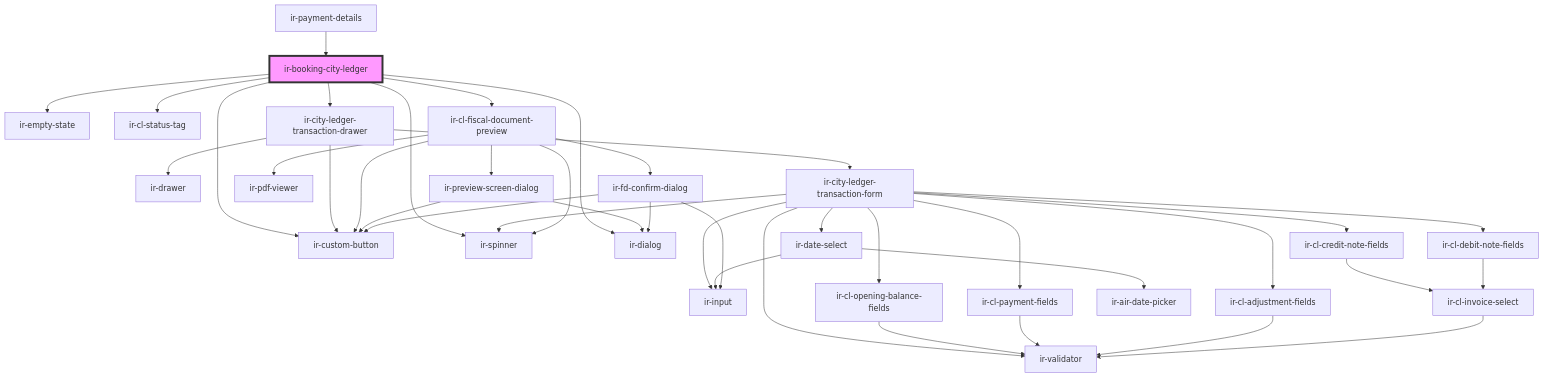
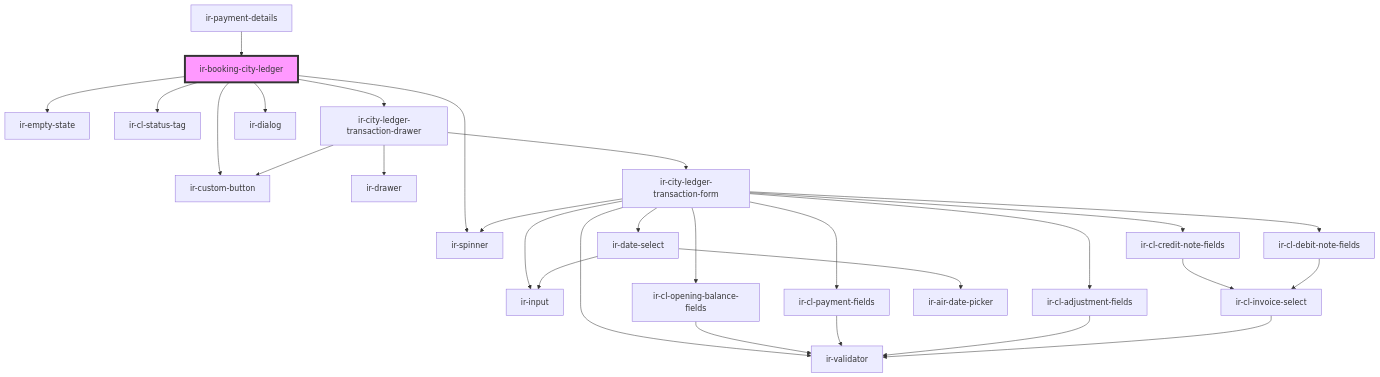
One commit to RonyRizk/ir-webcmp changed the diagram in src/components/ir-booking-details/ir-booking-city-ledger/readme.md. Above: the diagram before and after it, drawn with Mermaid. The commit also changed other lines of this file and 115 other files, not shown here.

````diff
--- a/src/components/ir-booking-details/ir-booking-city-ledger/readme.md
+++ b/src/components/ir-booking-details/ir-booking-city-ledger/readme.md
@@ -37,42 +36,31 @@
 ```mermaid
 graph TD;
   ir-booking-city-ledger --> ir-empty-state
   ir-booking-city-ledger --> ir-cl-status-tag
   ir-booking-city-ledger --> ir-custom-button
   ir-booking-city-ledger --> ir-spinner
   ir-booking-city-ledger --> ir-city-ledger-transaction-drawer
-  ir-booking-city-ledger --> ir-cl-fiscal-document-preview
   ir-booking-city-ledger --> ir-dialog
   ir-city-ledger-transaction-drawer --> ir-drawer
   ir-city-ledger-transaction-drawer --> ir-city-ledger-transaction-form
   ir-city-ledger-transaction-drawer --> ir-custom-button
   ir-city-ledger-transaction-form --> ir-validator
   ir-city-ledger-transaction-form --> ir-date-select
   ir-city-ledger-transaction-form --> ir-input
   ir-city-ledger-transaction-form --> ir-cl-opening-balance-fields
   ir-city-ledger-transaction-form --> ir-cl-payment-fields
   ir-city-ledger-transaction-form --> ir-cl-adjustment-fields
   ir-city-ledger-transaction-form --> ir-cl-credit-note-fields
   ir-city-ledger-transaction-form --> ir-cl-debit-note-fields
   ir-city-ledger-transaction-form --> ir-spinner
   ir-date-select --> ir-input
   ir-date-select --> ir-air-date-picker
   ir-cl-opening-balance-fields --> ir-validator
   ir-cl-payment-fields --> ir-validator
   ir-cl-adjustment-fields --> ir-validator
   ir-cl-credit-note-fields --> ir-cl-invoice-select
   ir-cl-invoice-select --> ir-validator
   ir-cl-debit-note-fields --> ir-cl-invoice-select
-  ir-cl-fiscal-document-preview --> ir-spinner
-  ir-cl-fiscal-document-preview --> ir-pdf-viewer
-  ir-cl-fiscal-document-preview --> ir-preview-screen-dialog
-  ir-cl-fiscal-document-preview --> ir-custom-button
-  ir-cl-fiscal-document-preview --> ir-fd-confirm-dialog
-  ir-preview-screen-dialog --> ir-dialog
-  ir-preview-screen-dialog --> ir-custom-button
-  ir-fd-confirm-dialog --> ir-dialog
-  ir-fd-confirm-dialog --> ir-input
-  ir-fd-confirm-dialog --> ir-custom-button
   ir-payment-details --> ir-booking-city-ledger
   style ir-booking-city-ledger fill:#f9f,stroke:#333,stroke-width:4px
 ```
````
